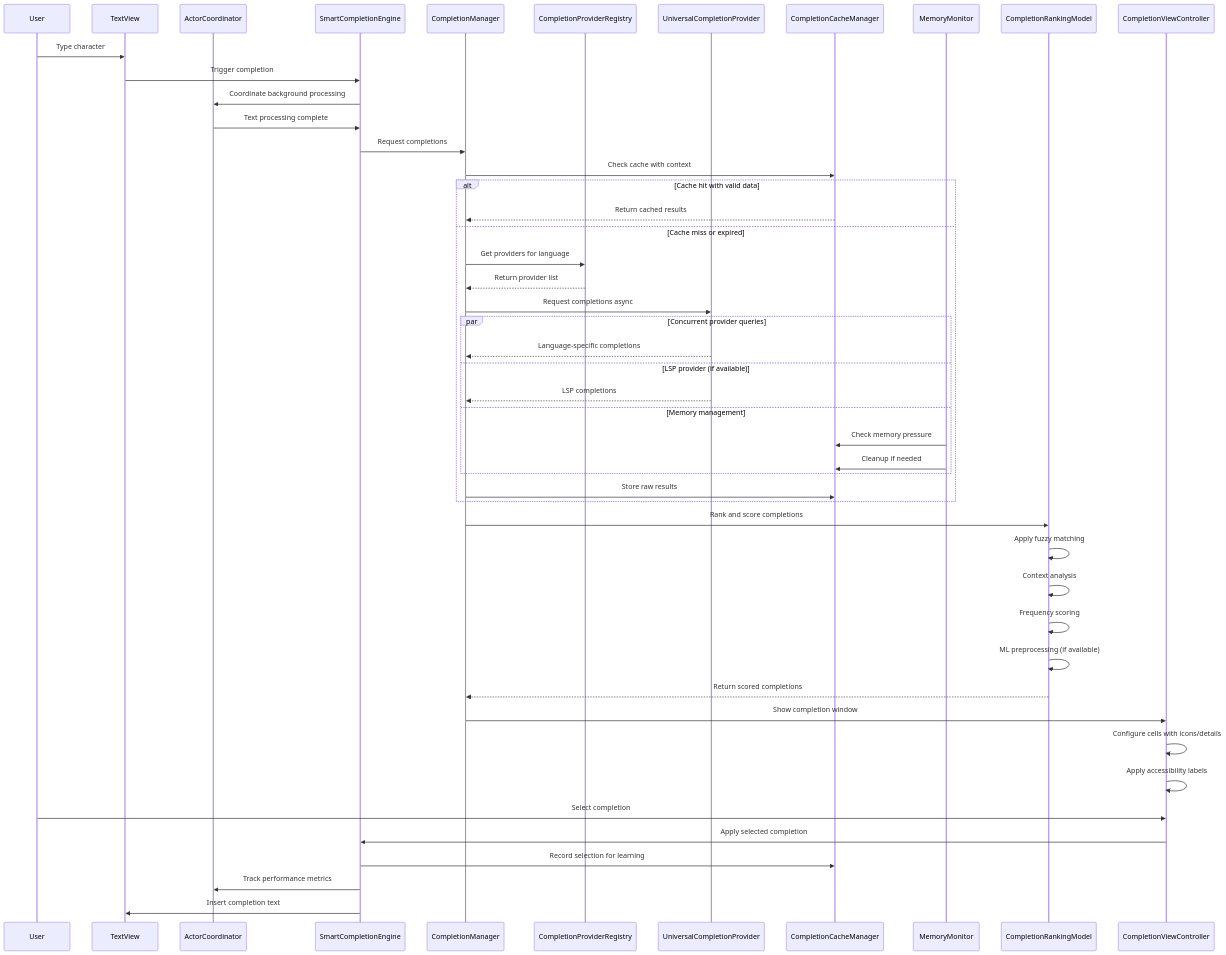
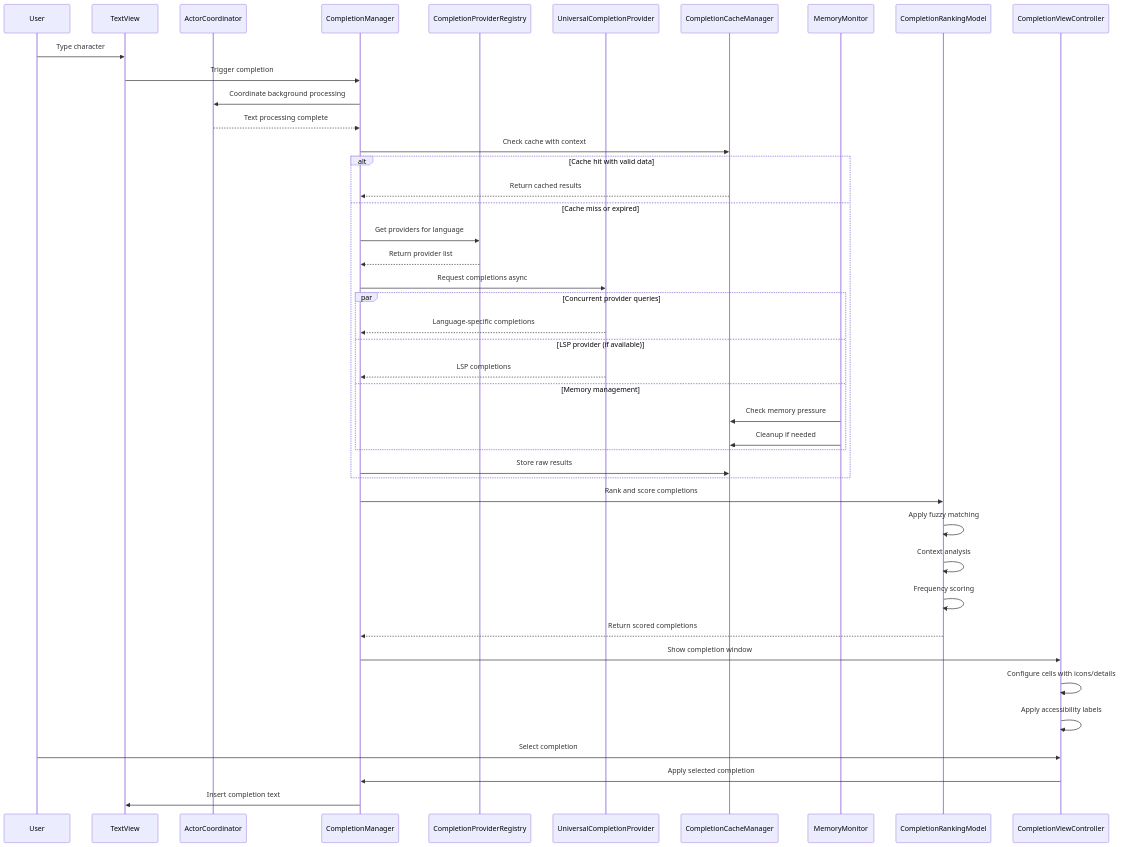
One commit to ajmcclary/CodeEditorKit changed the second of 4 diagrams in docs/Diagrams/07-completion-system-architecture.md. Above: the diagram before and after it, drawn with Mermaid. The commit also changed other lines of this file and 6 other files, not shown here.

````diff
--- a/docs/Diagrams/07-completion-system-architecture.md
+++ b/docs/Diagrams/07-completion-system-architecture.md
@@ -425,58 +395,53 @@
 ```mermaid
 sequenceDiagram
     participant User
     participant TextView
     participant ActorCoordinator
-    participant SmartEngine as SmartCompletionEngine
     participant CompletionManager
     participant Registry as CompletionProviderRegistry
     participant Provider as UniversalCompletionProvider
     participant Cache as CompletionCacheManager
     participant Memory as MemoryMonitor
     participant Ranking as CompletionRankingModel
     participant UI as CompletionViewController
 
     User->>TextView: Type character
-    TextView->>SmartEngine: Trigger completion
-    SmartEngine->>ActorCoordinator: Coordinate background processing
-    ActorCoordinator->>SmartEngine: Text processing complete
-    
-    SmartEngine->>CompletionManager: Request completions
+    TextView->>CompletionManager: Trigger completion
+    CompletionManager->>ActorCoordinator: Coordinate background processing
+    ActorCoordinator-->>CompletionManager: Text processing complete
+
     CompletionManager->>Cache: Check cache with context
-    
+
     alt Cache hit with valid data
         Cache-->>CompletionManager: Return cached results
     else Cache miss or expired
         CompletionManager->>Registry: Get providers for language
         Registry-->>CompletionManager: Return provider list
         CompletionManager->>Provider: Request completions async
-        
+
         par Concurrent provider queries
             Provider-->>CompletionManager: Language-specific completions
         and LSP provider (if available)
             Provider-->>CompletionManager: LSP completions
         and Memory management
             Memory->>Cache: Check memory pressure
             Memory->>Cache: Cleanup if needed
         end
-        
+
         CompletionManager->>Cache: Store raw results
     end
-    
+
     CompletionManager->>Ranking: Rank and score completions
     Ranking->>Ranking: Apply fuzzy matching
     Ranking->>Ranking: Context analysis
     Ranking->>Ranking: Frequency scoring
-    Ranking->>Ranking: ML preprocessing (if available)
     Ranking-->>CompletionManager: Return scored completions
-    
+
     CompletionManager->>UI: Show completion window
     UI->>UI: Configure cells with icons/details
     UI->>UI: Apply accessibility labels
-    
+
     User->>UI: Select completion
-    UI->>SmartEngine: Apply selected completion
-    SmartEngine->>Cache: Record selection for learning
-    SmartEngine->>ActorCoordinator: Track performance metrics
-    SmartEngine->>TextView: Insert completion text
+    UI->>CompletionManager: Apply selected completion
+    CompletionManager->>TextView: Insert completion text
 ```
````
